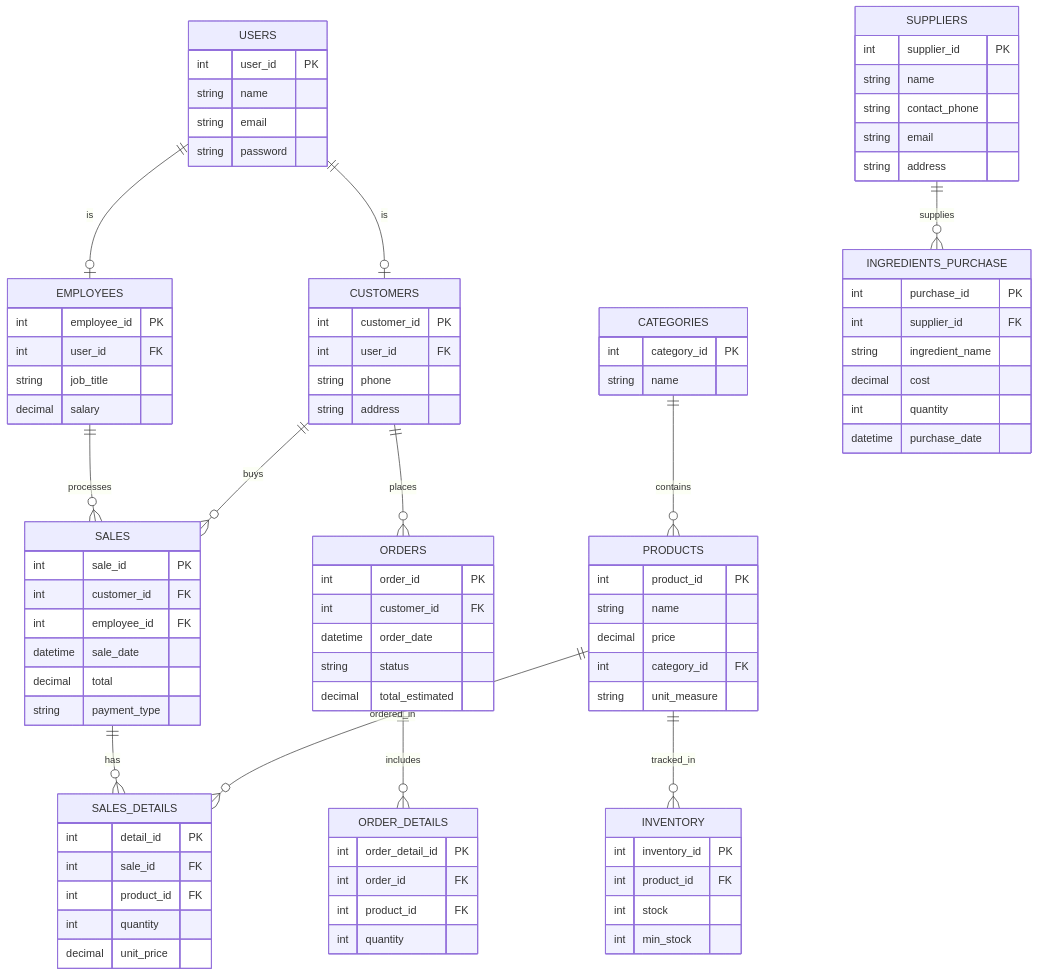
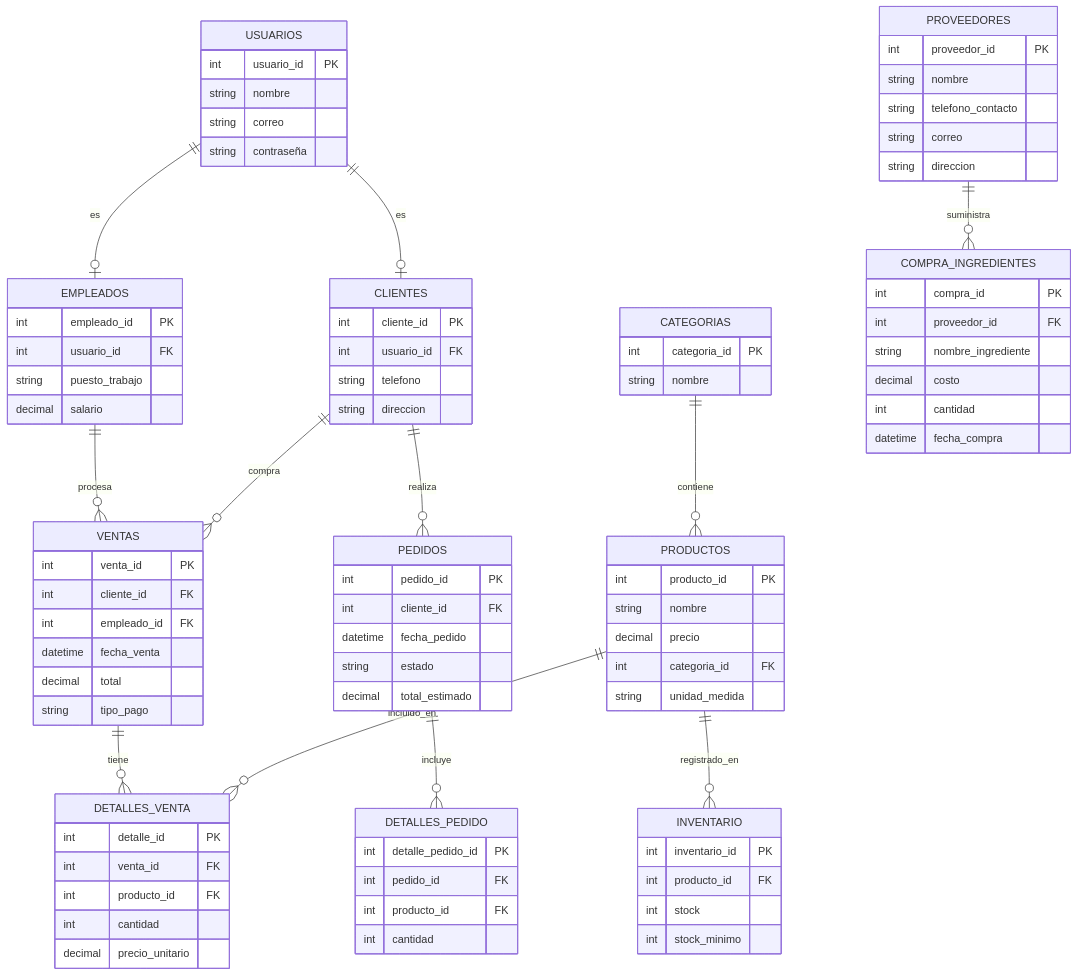
Before and after one commit to perezcalderondulcemariam3s1-gif/mielecita: the diagram in docs/erd_diagram.mmd, drawn with Mermaid. The commit also changed other lines of this file, not shown here.

```diff
--- a/docs/erd_diagram.mmd
+++ b/docs/erd_diagram.mmd
@@ -1,102 +1,102 @@
 erDiagram
-    USERS ||--o| CUSTOMERS : "is"
-    USERS ||--o| EMPLOYEES : "is"
-    CATEGORIES ||--o{ PRODUCTS : "contains"
-    PRODUCTS ||--o{ SALES_DETAILS : "ordered_in"
-    SALES ||--o{ SALES_DETAILS : "has"
-    CUSTOMERS ||--o{ SALES : "buys"
-    EMPLOYEES ||--o{ SALES : "processes"
-    PRODUCTS ||--o{ INVENTORY : "tracked_in"
-    SUPPLIERS ||--o{ INGREDIENTS_PURCHASE : "supplies"
-    CUSTOMERS ||--o{ ORDERS : "places"
-    ORDERS ||--o{ ORDER_DETAILS : "includes"
+    USUARIOS ||--o| CLIENTES : "es"
+    USUARIOS ||--o| EMPLEADOS : "es"
+    CATEGORIAS ||--o{ PRODUCTOS : "contiene"
+    PRODUCTOS ||--o{ DETALLES_VENTA : "incluido_en"
+    VENTAS ||--o{ DETALLES_VENTA : "tiene"
+    CLIENTES ||--o{ VENTAS : "compra"
+    EMPLEADOS ||--o{ VENTAS : "procesa"
+    PRODUCTOS ||--o{ INVENTARIO : "registrado_en"
+    PROVEEDORES ||--o{ COMPRA_INGREDIENTES : "suministra"
+    CLIENTES ||--o{ PEDIDOS : "realiza"
+    PEDIDOS ||--o{ DETALLES_PEDIDO : "incluye"
 
-    USERS {
-        int user_id PK
-        string name
-        string email
-        string password
+    USUARIOS {
+        int usuario_id PK
+        string nombre
+        string correo
+        string contraseña
     }
 
-    CUSTOMERS {
-        int customer_id PK
-        int user_id FK
-        string phone
-        string address
+    CLIENTES {
+        int cliente_id PK
+        int usuario_id FK
+        string telefono
+        string direccion
     }
 
-    EMPLOYEES {
-        int employee_id PK
-        int user_id FK
-        string job_title
-        decimal salary
+    EMPLEADOS {
+        int empleado_id PK
+        int usuario_id FK
+        string puesto_trabajo
+        decimal salario
     }
 
-    ORDERS {
-        int order_id PK
-        int customer_id FK
-        datetime order_date
-        string status
-        decimal total_estimated
+    PEDIDOS {
+        int pedido_id PK
+        int cliente_id FK
+        datetime fecha_pedido
+        string estado
+        decimal total_estimado
     }
 
-    ORDER_DETAILS {
-        int order_detail_id PK
-        int order_id FK
-        int product_id FK
-        int quantity
+    DETALLES_PEDIDO {
+        int detalle_pedido_id PK
+        int pedido_id FK
+        int producto_id FK
+        int cantidad
     }
 
-    PRODUCTS {
-        int product_id PK
-        string name
-        decimal price
-        int category_id FK
-        string unit_measure
+    PRODUCTOS {
+        int producto_id PK
+        string nombre
+        decimal precio
+        int categoria_id FK
+        string unidad_medida
     }
 
-    SALES {
-        int sale_id PK
-        int customer_id FK
-        int employee_id FK
-        datetime sale_date
+    VENTAS {
+        int venta_id PK
+        int cliente_id FK
+        int empleado_id FK
+        datetime fecha_venta
         decimal total
-        string payment_type
+        string tipo_pago
     }
 
-    SALES_DETAILS {
-        int detail_id PK
-        int sale_id FK
-        int product_id FK
-        int quantity
-        decimal unit_price
+    DETALLES_VENTA {
+        int detalle_id PK
+        int venta_id FK
+        int producto_id FK
+        int cantidad
+        decimal precio_unitario
     }
 
-    INVENTORY {
-        int inventory_id PK
-        int product_id FK
+    INVENTARIO {
+        int inventario_id PK
+        int producto_id FK
         int stock
-        int min_stock
+        int stock_minimo
     }
 
-    CATEGORIES {
-        int category_id PK
-        string name
+    CATEGORIAS {
+        int categoria_id PK
+        string nombre
     }
 
-    SUPPLIERS {
-        int supplier_id PK
-        string name
-        string contact_phone
-        string email
-        string address
+    PROVEEDORES {
+        int proveedor_id PK
+        string nombre
+        string telefono_contacto
+        string correo
+        string direccion
     }
 
-    INGREDIENTS_PURCHASE {
-        int purchase_id PK
-        int supplier_id FK
-        string ingredient_name
-        decimal cost
-        int quantity
-        datetime purchase_date
+    COMPRA_INGREDIENTES {
+        int compra_id PK
+        int proveedor_id FK
+        string nombre_ingrediente
+        decimal costo
+        int cantidad
+        datetime fecha_compra
     }
```
